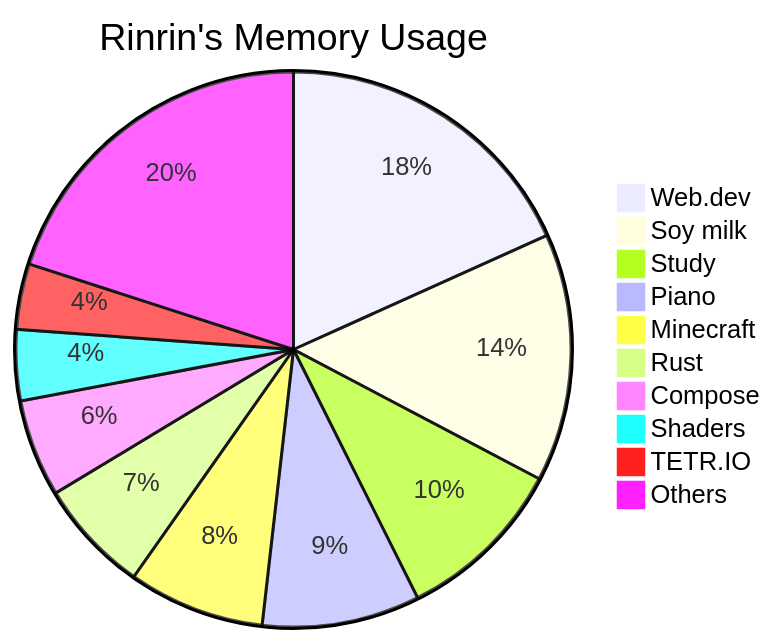
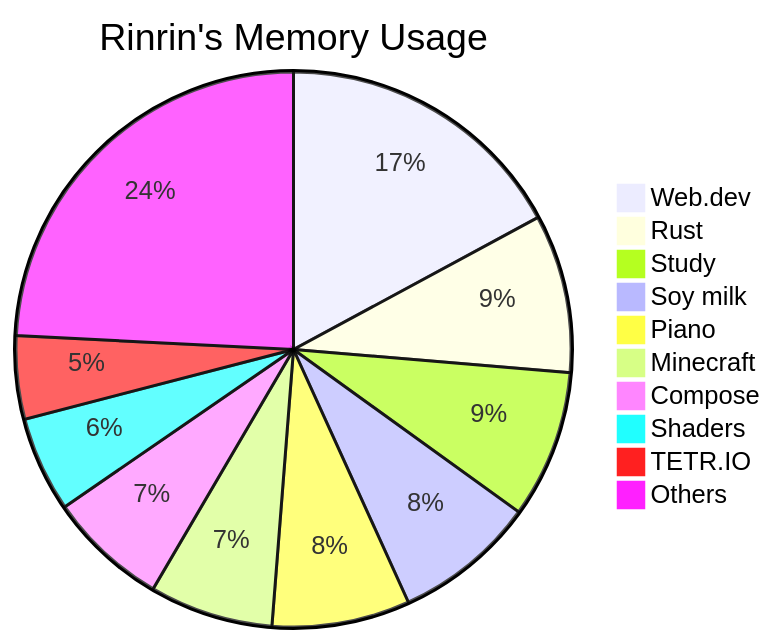
One commit to Rinrin0413/Rinrin0413 changed the diagram in README.md. Above: the diagram before and after it, drawn with Mermaid.

Commit message:
🛠 Update: Rinrin's Memory Usage

````diff
--- a/README.md
+++ b/README.md
@@ -75,13 +75,13 @@
 ```mermaid
 pie title Rinrin's Memory Usage
-    "Web.dev": 177
-    "Soy milk": 140
-    "Study": 96
-    "Piano": 89
-    "Minecraft": 77
-    "Rust": 64
-    "Compose": 55
-    "Shaders": 40
-    "TETR.IO": 37
-    "Others": 194
+    "Web.dev": 145
+    "Rust": 78
+    "Study": 73
+    "Soy milk": 70
+    "Piano": 68
+    "Minecraft": 61
+    "Compose": 59
+    "Shaders": 47
+    "TETR.IO": 41
+    "Others": 205
 ```
````
